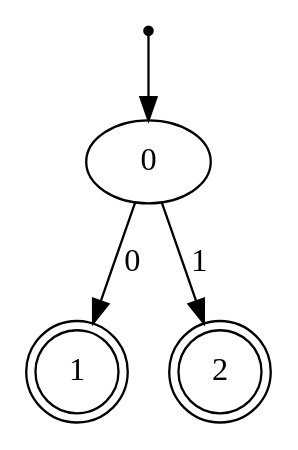
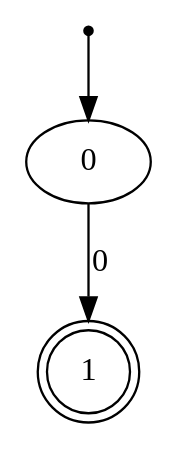
Before and after one commit to ValenButtignol/project-automata: the diagram in automaton.dot, drawn with Graphviz. The commit also changed 20 other files, not shown here.

```diff
--- a/automaton.dot
+++ b/automaton.dot
@@ -1,8 +1,6 @@
 digraph{
 inic[shape=point];
 inic->0;
 0->1 [label="0"];
-0->2 [label="1"];
 1[shape=doublecircle];
-2[shape=doublecircle];
 }
```
